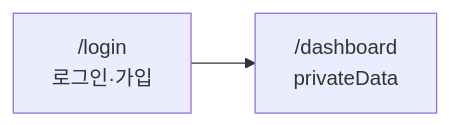
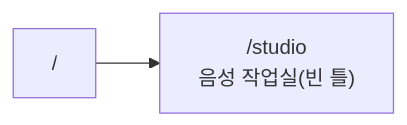
The diagram in docs/domain/project.md (roadkwonai/omni-ai-tts), drawn with Mermaid before and after one commit. The commit also changed other lines of this file and 86 other files, not shown here.

````diff
--- a/docs/domain/project.md
+++ b/docs/domain/project.md
@@ -19,4 +18,4 @@
 ```mermaid
 flowchart LR
-  L["/login<br/>로그인·가입"] --> D["/dashboard<br/>privateData"]
+  R["/"] --> S["/studio<br/>음성 작업실(빈 틀)"]
 ```
````
